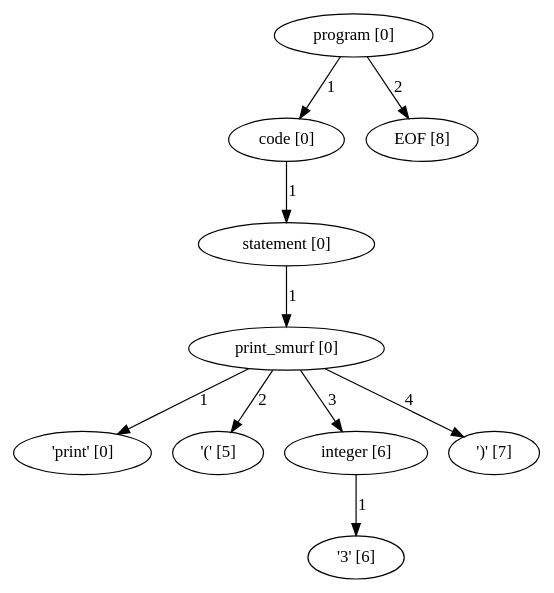
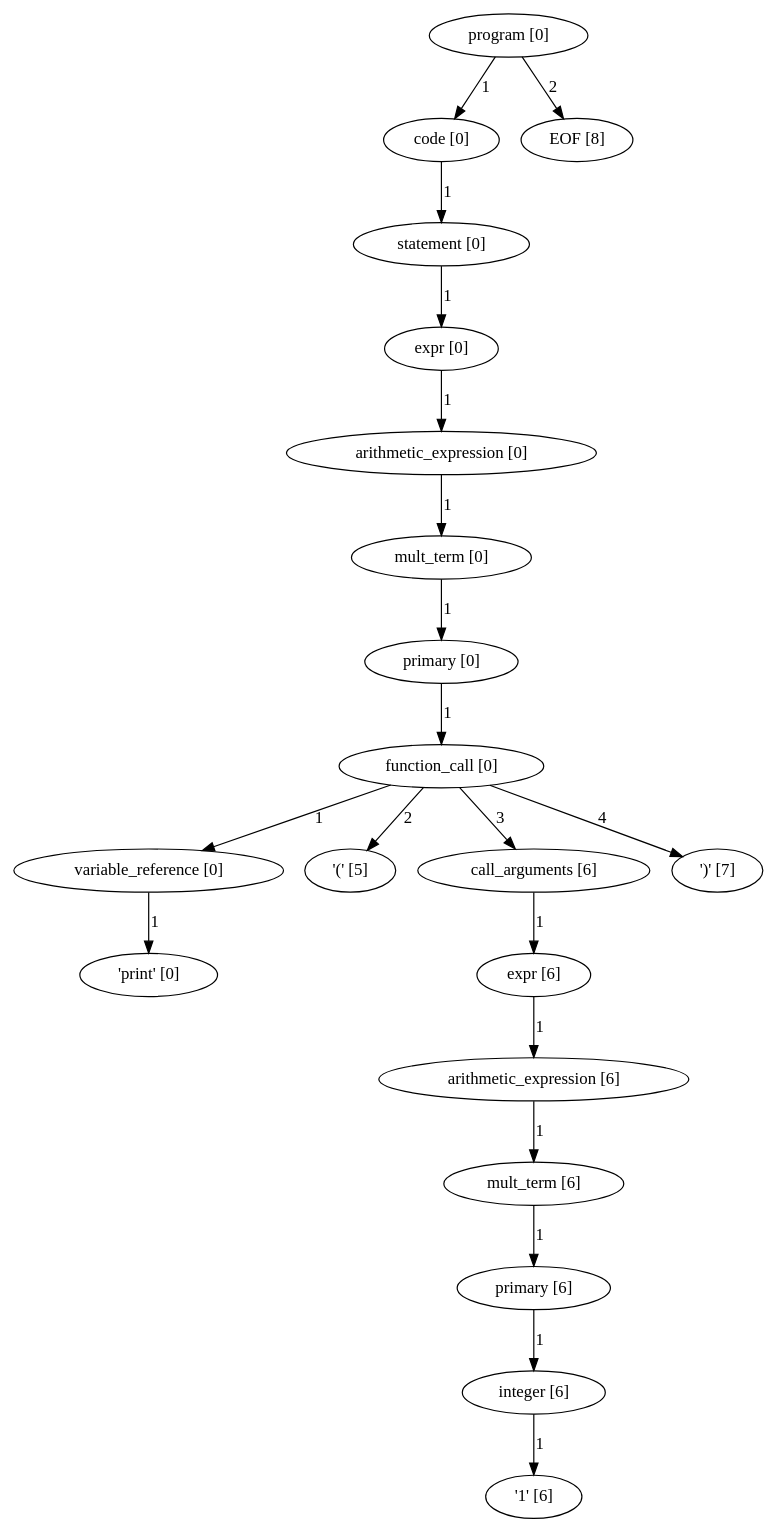
Before and after one commit to pragdave/cs3342_smurf: the diagram in program_parse_tree.dot, drawn with Graphviz. The commit also changed 12 other files, not shown here.

```diff
--- a/program_parse_tree.dot
+++ b/program_parse_tree.dot
@@ -1,30 +1,60 @@
 digraph arpeggio_graph {
-4710136000 [label="program [0]"];
-4710136000->4710137008 [label="1"]
+4720535024 [label="program [0]"];
+4720535024->4718158912 [label="1"]
 
-4710137008 [label="code [0]"];
-4710137008->4710828944 [label="1"]
+4718158912 [label="code [0]"];
+4718158912->4391508592 [label="1"]
 
-4710828944 [label="statement [0]"];
-4710828944->4710828800 [label="1"]
+4391508592 [label="statement [0]"];
+4391508592->4391507728 [label="1"]
 
-4710828800 [label="print_smurf [0]"];
-4710828800->4713555792 [label="1"]
+4391507728 [label="expr [0]"];
+4391507728->4391508736 [label="1"]
 
-4713555792 [label=" 'print' [0]"];
-4710828800->4713554640 [label="2"]
+4391508736 [label="arithmetic_expression [0]"];
+4391508736->4391542512 [label="1"]
 
-4713554640 [label=" '(' [5]"];
-4710828800->4710137152 [label="3"]
+4391542512 [label="mult_term [0]"];
+4391542512->4391541360 [label="1"]
 
-4710137152 [label="integer [6]"];
-4710137152->4713554000 [label="1"]
+4391541360 [label="primary [0]"];
+4391541360->4391539632 [label="1"]
 
-4713554000 [label=" '3' [6]"];
-4710828800->4712421072 [label="4"]
+4391539632 [label="function_call [0]"];
+4391539632->4718211152 [label="1"]
 
-4712421072 [label=" ')' [7]"];
-4710136000->4712420688 [label="2"]
+4718211152 [label="variable_reference [0]"];
+4718211152->4713404240 [label="1"]
 
-4712420688 [label="EOF [8]"];
+4713404240 [label=" 'print' [0]"];
+4391539632->4713405520 [label="2"]
+
+4713405520 [label=" '(' [5]"];
+4391539632->4717690608 [label="3"]
+
+4717690608 [label="call_arguments [6]"];
+4717690608->4391331456 [label="1"]
+
+4391331456 [label="expr [6]"];
+4391331456->4391332752 [label="1"]
+
+4391332752 [label="arithmetic_expression [6]"];
+4391332752->4391317232 [label="1"]
+
+4391317232 [label="mult_term [6]"];
+4391317232->4391316368 [label="1"]
+
+4391316368 [label="primary [6]"];
+4391316368->4391315216 [label="1"]
+
+4391315216 [label="integer [6]"];
+4391315216->4713405648 [label="1"]
+
+4713405648 [label=" '1' [6]"];
+4391539632->4713404496 [label="4"]
+
+4713404496 [label=" ')' [7]"];
+4720535024->4707948624 [label="2"]
+
+4707948624 [label="EOF [8]"];
 }
```
